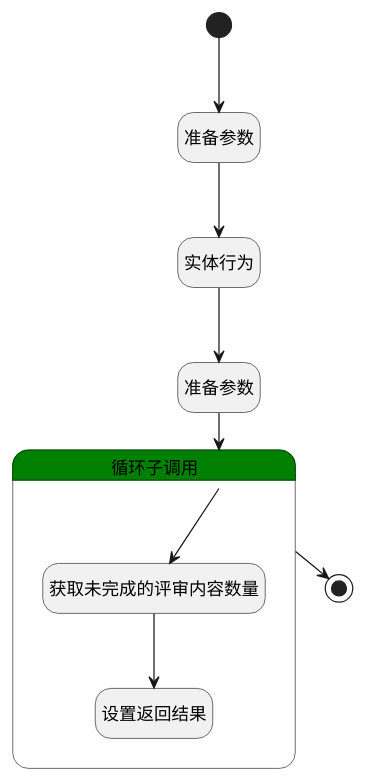
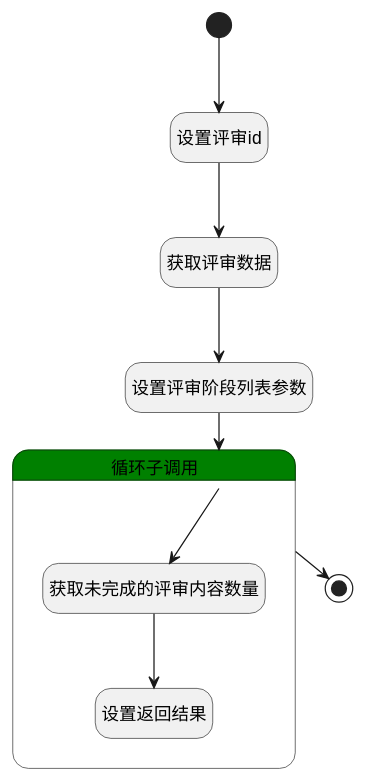
The diagram in doc/docsify/module/TestMgmt/review/logic/get_current_stage_info.md (iBizLab/plm), drawn with PlantUML before and after one commit. The commit also changed other lines of this file and 1778 other files, not shown here.

````diff
--- a/doc/docsify/module/TestMgmt/review/logic/get_current_stage_info.md
+++ b/doc/docsify/module/TestMgmt/review/logic/get_current_stage_info.md
@@ -7,32 +7,32 @@
 ```plantuml
 @startuml
 hide empty description
 <style>
 root {
   HyperlinkColor #42b983
 }
 </style>
 
 hide empty description
 state "开始" as Begin <<start>> [[$./get_current_stage_info#begin {"开始"}]]
-state "实体行为" as DEACTION2  [[$./get_current_stage_info#deaction2 {"实体行为"}]]
-state "准备参数" as PREPAREPARAM3  [[$./get_current_stage_info#prepareparam3 {"准备参数"}]]
-state "准备参数" as PREPAREPARAM4  [[$./get_current_stage_info#prepareparam4 {"准备参数"}]]
+state "获取评审数据" as DEACTION2  [[$./get_current_stage_info#deaction2 {"获取评审数据"}]]
+state "设置评审id" as PREPAREPARAM3  [[$./get_current_stage_info#prepareparam3 {"设置评审id"}]]
+state "设置评审阶段列表参数" as PREPAREPARAM4  [[$./get_current_stage_info#prepareparam4 {"设置评审阶段列表参数"}]]
 state "结束" as END1 <<end>> [[$./get_current_stage_info#end1 {"结束"}]]
 state "循环子调用" as LOOPSUBCALL1  [[$./get_current_stage_info#loopsubcall1 {"循环子调用"}]] #green {
 state "获取未完成的评审内容数量" as RAWSQLCALL1  [[$./get_current_stage_info#rawsqlcall1 {"获取未完成的评审内容数量"}]]
 state "设置返回结果" as PREPAREPARAM6  [[$./get_current_stage_info#prepareparam6 {"设置返回结果"}]]
 }
 
 
 Begin --> PREPAREPARAM3
 PREPAREPARAM3 --> DEACTION2
 DEACTION2 --> PREPAREPARAM4
 PREPAREPARAM4 --> LOOPSUBCALL1
 LOOPSUBCALL1 --> END1
 LOOPSUBCALL1 --> RAWSQLCALL1
 RAWSQLCALL1 --> PREPAREPARAM6
 
 
 @enduml
 ```
````
